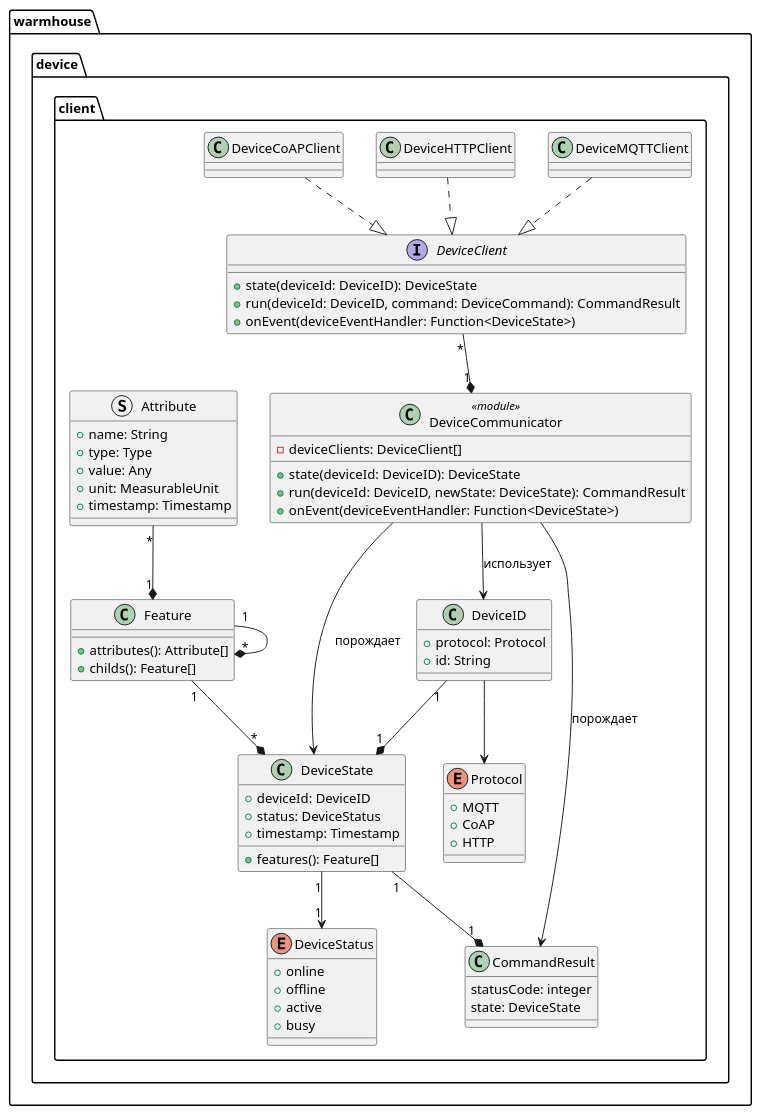
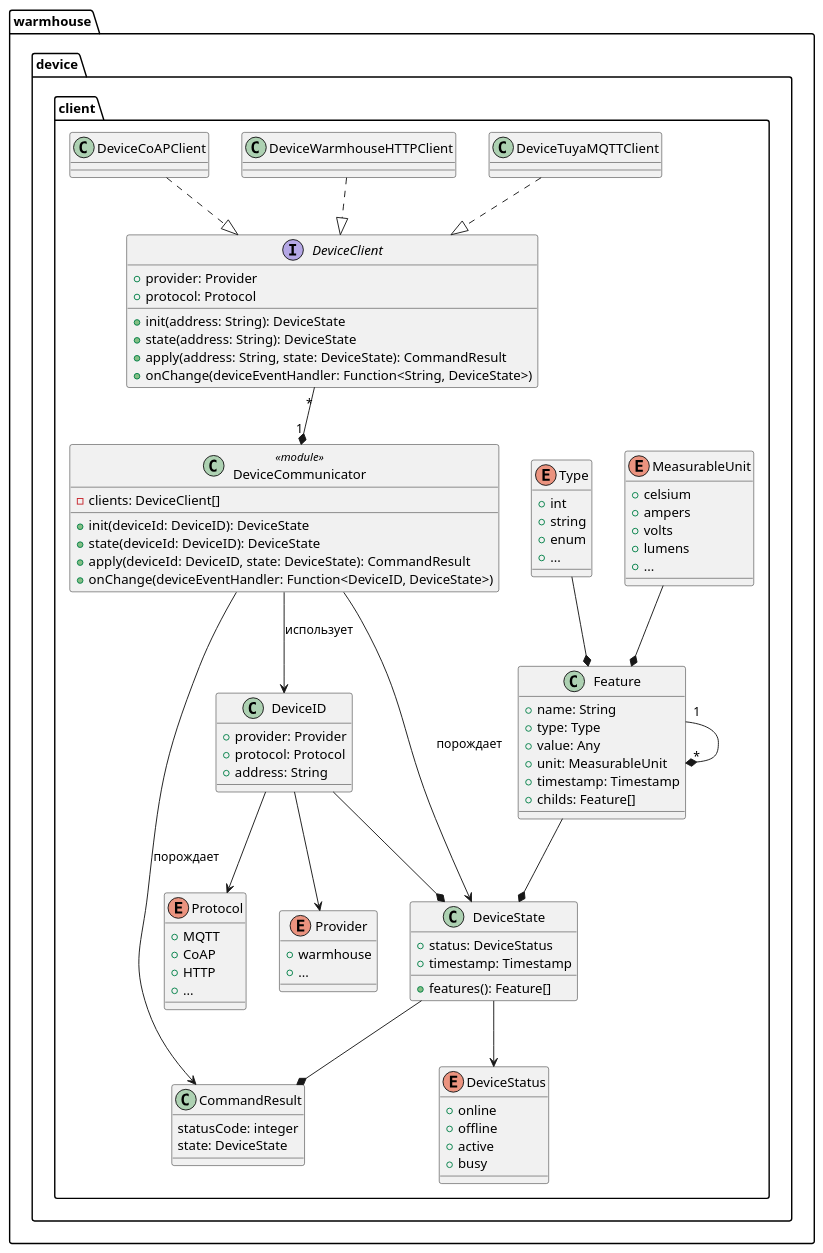
Before and after one commit to bitgorbovsky/yp-architecture-pro-warmhouse: the diagram in schemas/services/devices-controller/code-device-client.puml, drawn with PlantUML. The commit also changed 13 other files, not shown here.

```diff
--- a/schemas/services/devices-controller/code-device-client.puml
+++ b/schemas/services/devices-controller/code-device-client.puml
@@ -1,84 +1,107 @@
 @startuml
 
 package warmhouse.device.client {
-    class DeviceCommunicator <<module>> {
-        - deviceClients: DeviceClient[]
-        + state(deviceId: DeviceID): DeviceState
-        + run(deviceId: DeviceID, newState: DeviceState): CommandResult
-        + onEvent(deviceEventHandler: Function<DeviceState>)
-    }
-
-    class DeviceState {
-        + deviceId: DeviceID
-        + status: DeviceStatus
-        + timestamp: Timestamp
-        + features(): Feature[]
-    }
-
-    class DeviceID {
-        + protocol: Protocol
-        + id: String
-    }
-
-    class Feature {
-        + attributes(): Attribute[]
-        + childs(): Feature[]
-    }
-
-    struct Attribute {
-        + name: String
-        + type: Type
-        + value: Any
-        + unit: MeasurableUnit
-        + timestamp: Timestamp
-    }
-
     enum Protocol {
         + MQTT
         + CoAP
         + HTTP
+        + ...
+    }
+
+    enum Provider {
+        + warmhouse
+        + ...
     }
 
     enum DeviceStatus {
         + online
         + offline
         + active
         + busy
     }
 
+    enum MeasurableUnit {
+        + celsium
+        + ampers
+        + volts
+        + lumens
+        + ...
+    }
+
+    enum Type {
+        + int
+        + string
+        + enum
+        + ...
+    }
+
+    class DeviceID {
+        + provider: Provider
+        + protocol: Protocol
+        + address: String
+    }
+
+    class DeviceState {
+        + status: DeviceStatus
+        + timestamp: Timestamp
+        + features(): Feature[]
+    }
+
+    class Feature {
+        + name: String
+        + type: Type
+        + value: Any
+        + unit: MeasurableUnit
+        + timestamp: Timestamp
+        + childs: Feature[]
+    }
+
     class CommandResult {
         statusCode: integer
         state: DeviceState
     }
 
     interface DeviceClient {
-        + state(deviceId: DeviceID): DeviceState
-        + run(deviceId: DeviceID, command: DeviceCommand): CommandResult
-        + onEvent(deviceEventHandler: Function<DeviceState>)
+        + provider: Provider
+        + protocol: Protocol
+        + init(address: String): DeviceState
+        + state(address: String): DeviceState
+        + apply(address: String, state: DeviceState): CommandResult
+        + onChange(deviceEventHandler: Function<String, DeviceState>)
     }
 
-    class DeviceMQTTClient
-    class DeviceHTTPClient
+    class DeviceTuyaMQTTClient
+    class DeviceWarmhouseHTTPClient
     class DeviceCoAPClient
+
+    class DeviceCommunicator <<module>> {
+        - clients: DeviceClient[]
+        + init(deviceId: DeviceID): DeviceState
+        + state(deviceId: DeviceID): DeviceState
+        + apply(deviceId: DeviceID, state: DeviceState): CommandResult
+        + onChange(deviceEventHandler: Function<DeviceID, DeviceState>)
+    }
 }
 
-
-DeviceMQTTClient ..|> DeviceClient
-DeviceHTTPClient ..|> DeviceClient
+DeviceTuyaMQTTClient ..|> DeviceClient
+DeviceWarmhouseHTTPClient ..|> DeviceClient
 DeviceCoAPClient ..|> DeviceClient
 DeviceClient "*" --* "1" DeviceCommunicator
 
 DeviceID --> Protocol
+DeviceID --> Provider
+
 Feature "1" --* "*" Feature
-Attribute "*" --* "1" Feature
+MeasurableUnit --* Feature
+Type --* Feature
 
-Feature "1" --* "*" DeviceState
-DeviceState "1" --* "1" CommandResult
-DeviceID "1" --* "1" DeviceState
+Feature --* DeviceState
+DeviceState --* CommandResult
+DeviceID  --* DeviceState
 
 DeviceCommunicator --> DeviceID : использует
 DeviceCommunicator --> CommandResult : порождает
 DeviceCommunicator --> DeviceState: порождает
-DeviceState "1" --> "1" DeviceStatus
+DeviceState --> DeviceStatus
 
 @enduml
```
